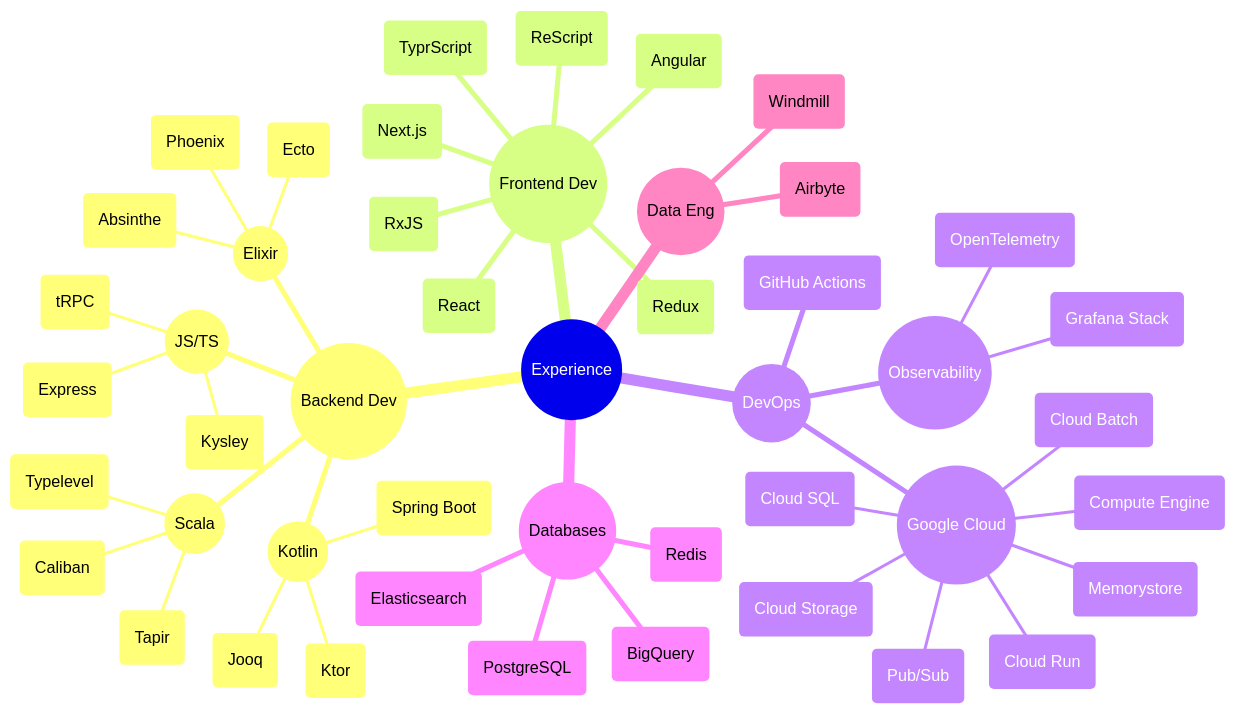
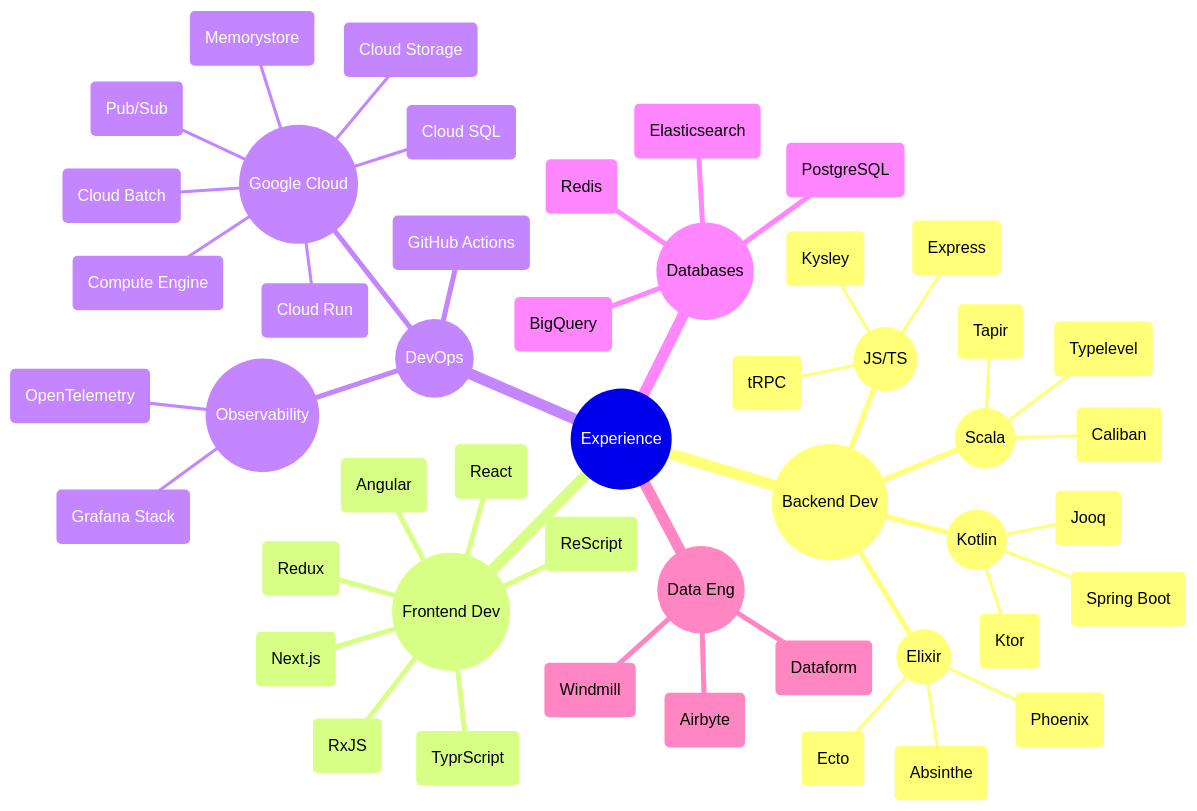
One commit to m-tabaza/Tabzz98 changed the first of 2 diagrams in README.md. Above: the diagram before and after it, drawn with Mermaid.

````diff
--- a/README.md
+++ b/README.md
@@ -21,59 +21,60 @@
 ```mermaid
 mindmap
   root((Experience))
     ((Backend Dev))
       ((Scala))
         (Typelevel)
         (Tapir)
         (Caliban)
 
       ((Kotlin))
         (Spring Boot)
         (Ktor)
         (Jooq)
   
       ((Elixir))
         (Ecto)
         (Absinthe)
         (Phoenix)
   
       ((JS/TS))
         (Express)
         (Kysley)
         (tRPC)
       
     ((Frontend Dev))
       (React)
       (Next.js)
       (Redux)
       (RxJS)
       (Angular)
       (TyprScript)
       (ReScript)
       
     ((DevOps))
       (GitHub Actions)
 
       ((Observability))
         (OpenTelemetry)
         (Grafana Stack)
 
       ((Google Cloud))
         (Cloud Run)
         (Compute Engine)
         (Cloud SQL)
         (Memorystore)
         (Pub/Sub)
         (Cloud Storage)
         (Cloud Batch)
 
     ((Databases))
       (PostgreSQL)
       (Redis)
       (Elasticsearch)
       (BigQuery)
 
     ((Data Eng))
       (Airbyte)
       (Windmill)
+      (Dataform)
 ```
````
